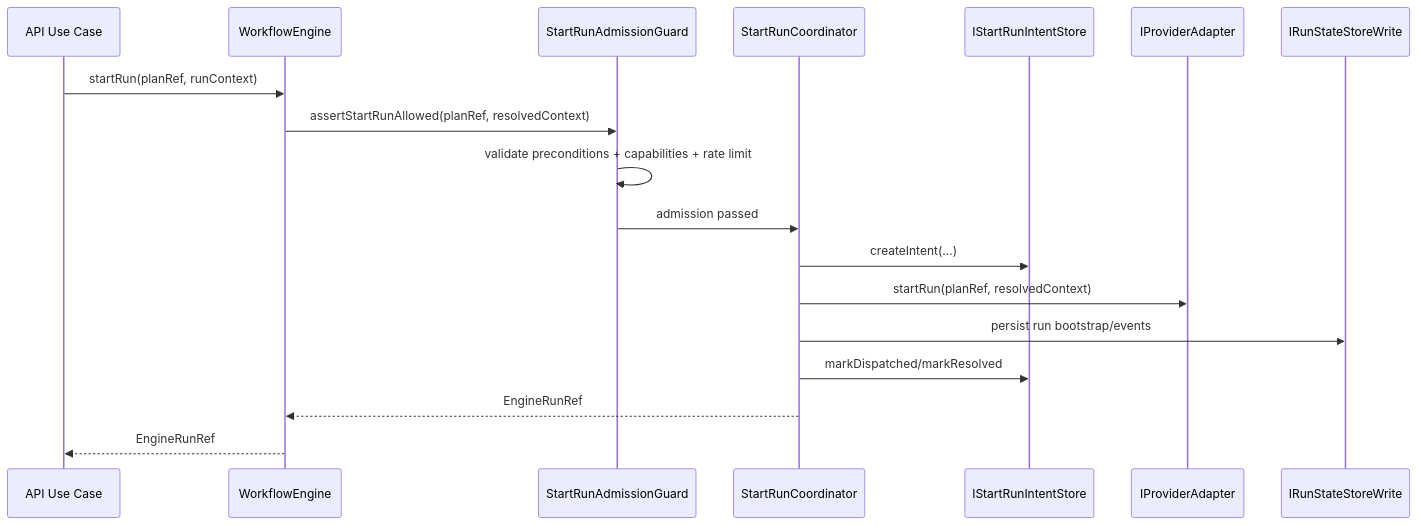
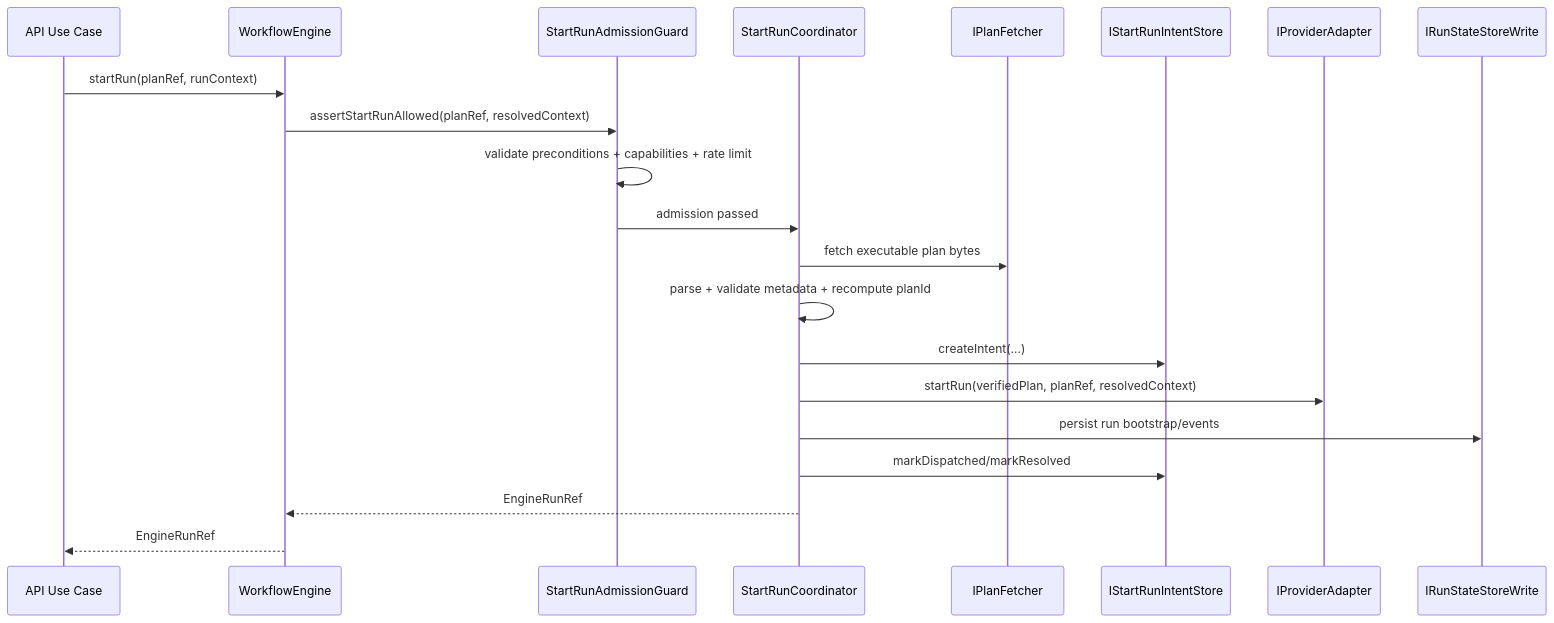
One commit to dunay2/dvt changed the third of 5 diagrams in docs/architecture/engine/workflow-engine-subsystem-context.md. Above: the diagram before and after it, drawn with Mermaid. The commit also changed other lines of this file and 46 other files, not shown here.

````diff
--- a/docs/architecture/engine/workflow-engine-subsystem-context.md
+++ b/docs/architecture/engine/workflow-engine-subsystem-context.md
@@ -122,21 +124,24 @@
 ```mermaid
 sequenceDiagram
   participant Client as API Use Case
   participant Engine as WorkflowEngine
   participant Guard as StartRunAdmissionGuard
   participant Coord as StartRunCoordinator
+  participant PlanStore as IPlanFetcher
   participant Intent as IStartRunIntentStore
   participant Adapter as IProviderAdapter
   participant State as IRunStateStoreWrite
 
   Client->>Engine: startRun(planRef, runContext)
   Engine->>Guard: assertStartRunAllowed(planRef, resolvedContext)
   Guard->>Guard: validate preconditions + capabilities + rate limit
   Guard->>Coord: admission passed
+  Coord->>PlanStore: fetch executable plan bytes
+  Coord->>Coord: parse + validate metadata + recompute planId
   Coord->>Intent: createIntent(...)
-  Coord->>Adapter: startRun(planRef, resolvedContext)
+  Coord->>Adapter: startRun(verifiedPlan, planRef, resolvedContext)
   Coord->>State: persist run bootstrap/events
   Coord->>Intent: markDispatched/markResolved
   Coord-->>Engine: EngineRunRef
   Engine-->>Client: EngineRunRef
 ```
````
